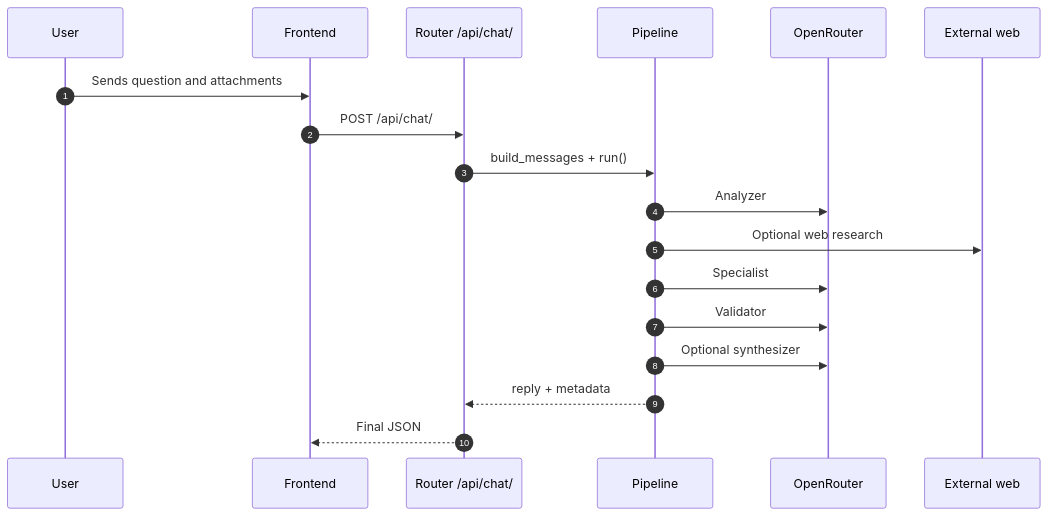
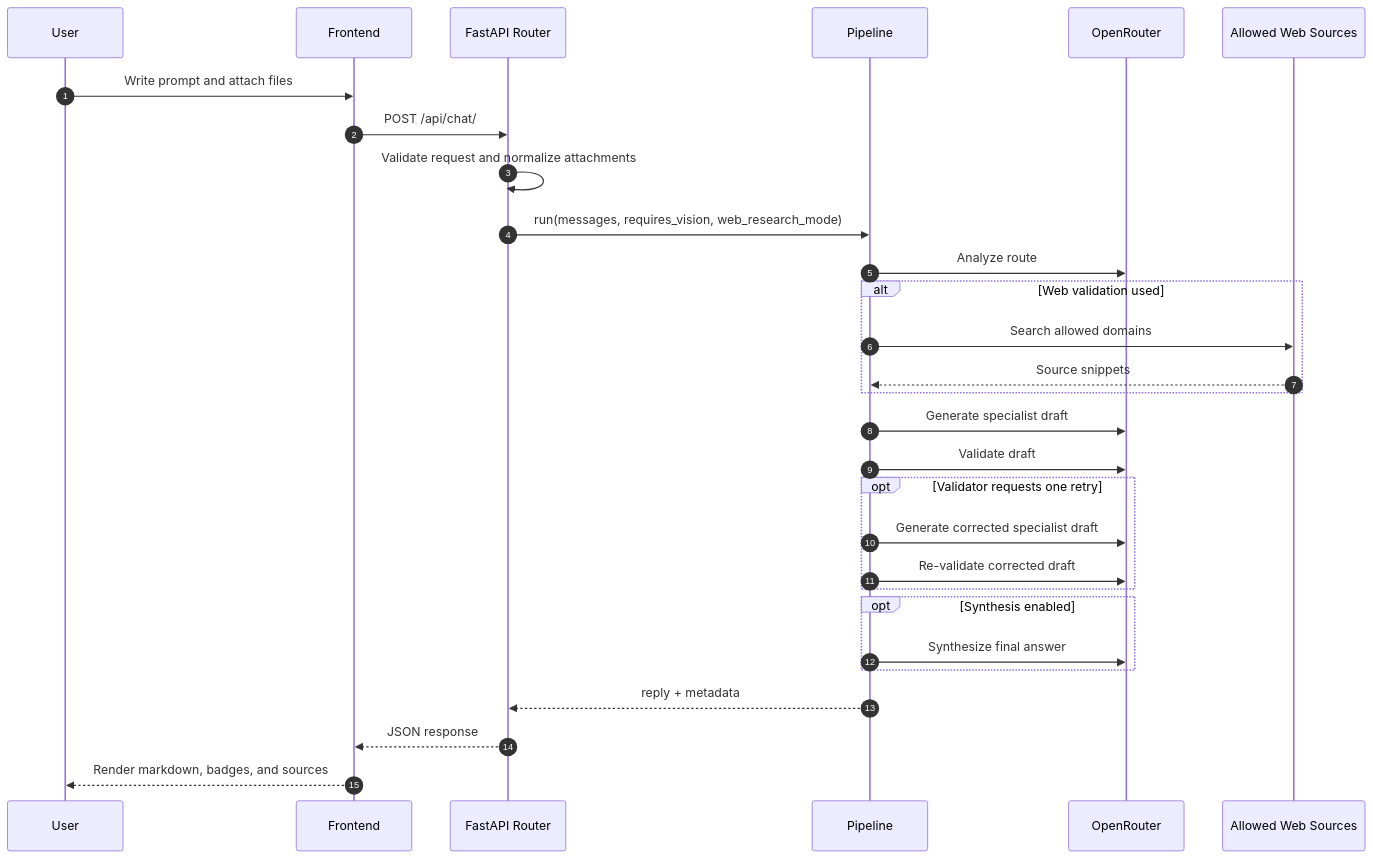
One commit to Frnn4268/tracer-agent-backend changed the second of 2 diagrams in README.md. Above: the diagram before and after it, drawn with Mermaid. The commit also changed other lines of this file, not shown here.

````diff
--- a/README.md
+++ b/README.md
@@ -63,21 +91,32 @@
 ```mermaid
 sequenceDiagram
-    autonumber
-    participant U as User
-    participant F as Frontend
-    participant R as Router /api/chat/
-    participant P as Pipeline
-    participant O as OpenRouter
-    participant W as External web
+  autonumber
+  participant U as User
+  participant F as Frontend
+  participant R as FastAPI Router
+  participant P as Pipeline
+  participant O as OpenRouter
+  participant W as Allowed Web Sources
 
-    U->>F: Sends question and attachments
-    F->>R: POST /api/chat/
-    R->>P: build_messages + run()
-    P->>O: Analyzer
-    P->>W: Optional web research
-    P->>O: Specialist
-    P->>O: Validator
-    P->>O: Optional synthesizer
-    P-->>R: reply + metadata
-    R-->>F: Final JSON
+  U->>F: Write prompt and attach files
+  F->>R: POST /api/chat/
+  R->>R: Validate request and normalize attachments
+  R->>P: run(messages, requires_vision, web_research_mode)
+  P->>O: Analyze route
+  alt Web validation used
+    P->>W: Search allowed domains
+    W-->>P: Source snippets
+  end
+  P->>O: Generate specialist draft
+  P->>O: Validate draft
+  opt Validator requests one retry
+    P->>O: Generate corrected specialist draft
+    P->>O: Re-validate corrected draft
+  end
+  opt Synthesis enabled
+    P->>O: Synthesize final answer
+  end
+  P-->>R: reply + metadata
+  R-->>F: JSON response
+  F-->>U: Render markdown, badges, and sources
 ```
````
